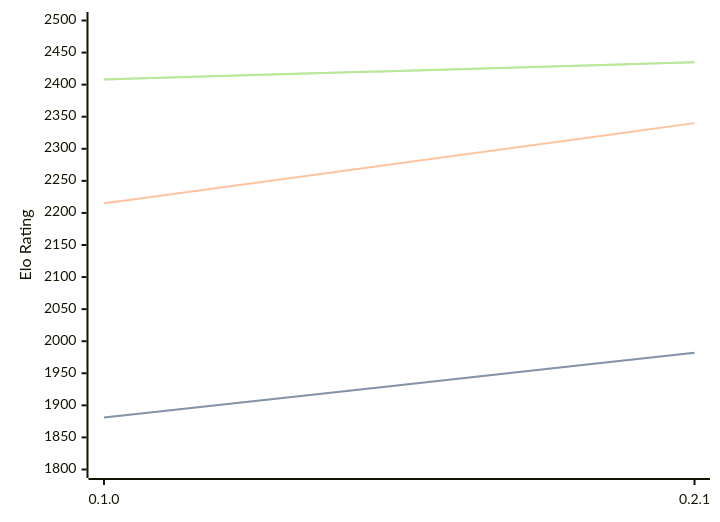
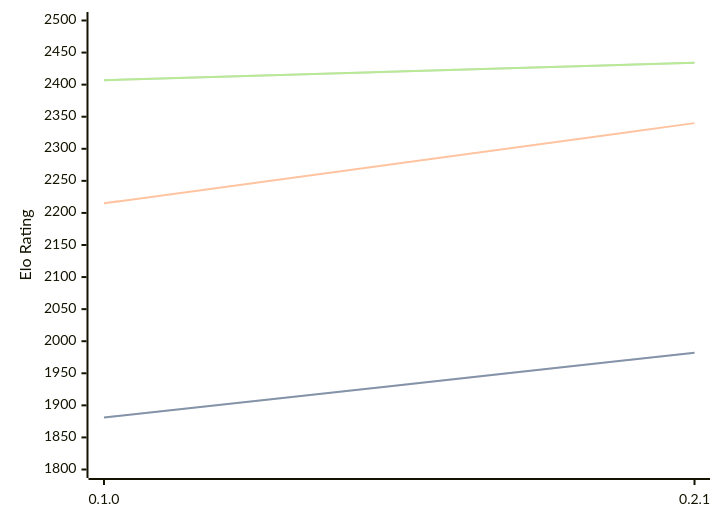
Before and after one commit to computer-chess-index/cci: the third of 3 diagrams in engines/Sykora.md, drawn with Mermaid. The commit also changed other lines of this file, not shown here.

Commit message:
Update CCI Ratings (ELO VLTC) - 2026-06-30

````diff
--- a/engines/Sykora.md
+++ b/engines/Sykora.md
@@ -66,11 +66,11 @@
 ```mermaid
 %%{init: {"theme":"base","themeVariables":{"seriesColors:['#a3a3a3','#222221','#faa371']}}}%%
 xychart-beta
   x-axis ["0.1.0", "0.2.1"]
   y-axis "Elo Rating" 1800 --> 2500
   line "STC (8.0+0.08s)" [1881, 1982]
   line "STC (8.0+0.08s)" [1881, 1982]
   line "LTC (60.0+0.60s)" [2215, 2340]
-  line "VLTC (2m24s+1.12s)" [2408, 2435]
-  line "VLTC (2m24s+1.12s)" [2408, 2435]
+  line "VLTC (2m24s+1.12s)" [2407, 2434]
+  line "VLTC (2m24s+1.12s)" [2407, 2434]
 ```
````
